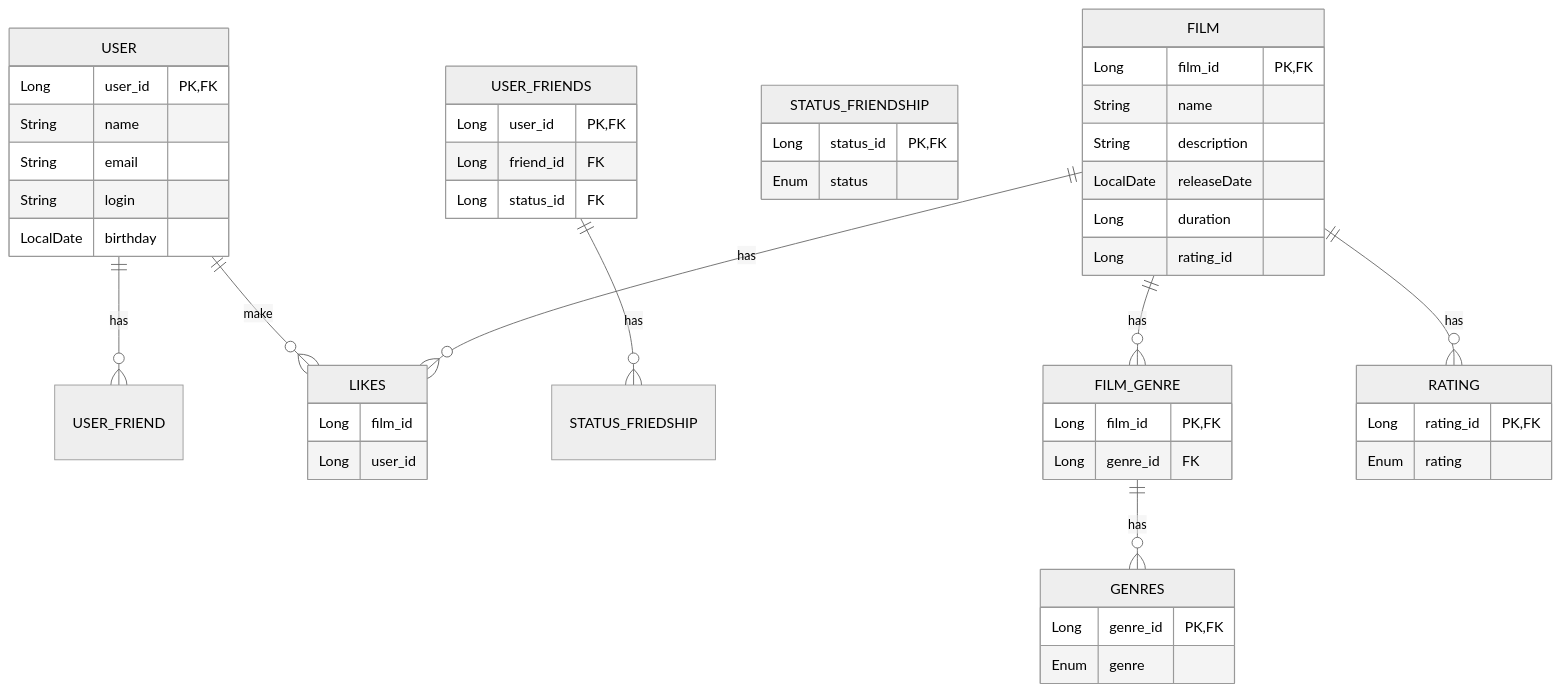
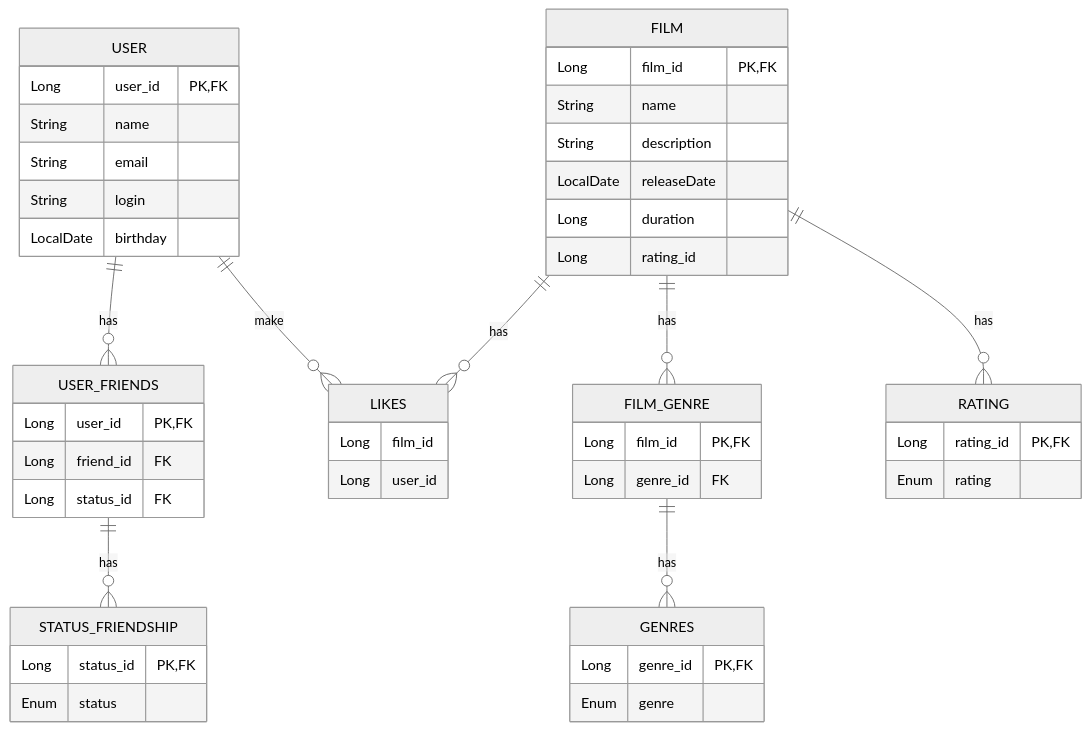
Before and after one commit to VolchenkoP/java-filmorate: the diagram in README.md, drawn with Mermaid (neutral theme).

Commit message:
попроавить диаграмму 5

````diff
--- a/README.md
+++ b/README.md
@@ -7,50 +7,50 @@
 ```mermaid
 erDiagram
-    USER || --o{ USER_FRIEND : has
+    USER || --o{ USER_FRIENDS : has
     USER || --o{ LIKES : make
     USER {
     Long user_id PK, FK
     String name
     String email
     String login
     LocalDate birthday
     }
-    USER_FRIENDS || --o{ STATUS_FRIEDSHIP : has
+    USER_FRIENDS || --o{ STATUS_FRIENDSHIP : has
     USER_FRIENDS {
     Long user_id PK, FK
     Long friend_id FK
     Long status_id FK
     }
     STATUS_FRIENDSHIP {
     Long status_id PK, FK
     Enum status
     }
     FILM || --o{ FILM_GENRE : has
     FILM || --o{ LIKES : has
     FILM || --o{ RATING : has
     FILM {
     Long film_id PK, FK
     String name
     String description
     LocalDate releaseDate
     Long duration
     Long rating_id
     }
     FILM_GENRE || --o{ GENRES : has
     FILM_GENRE {
     Long film_id PK, FK
     Long genre_id FK
     }
     GENRES {
     Long genre_id PK, FK
     Enum genre
     }
     RATING {
     Long rating_id PK, FK
     Enum rating
     }
     LIKES {
     Long film_id
     Long user_id
     }
 ```
````
